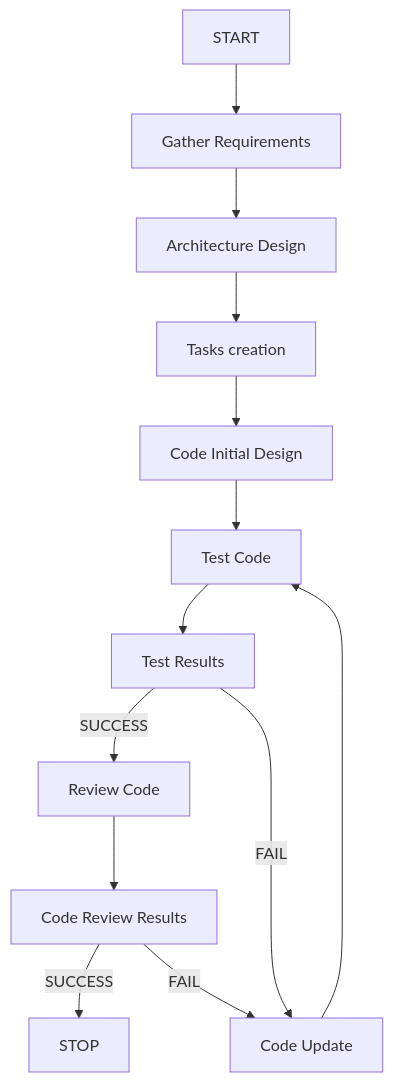
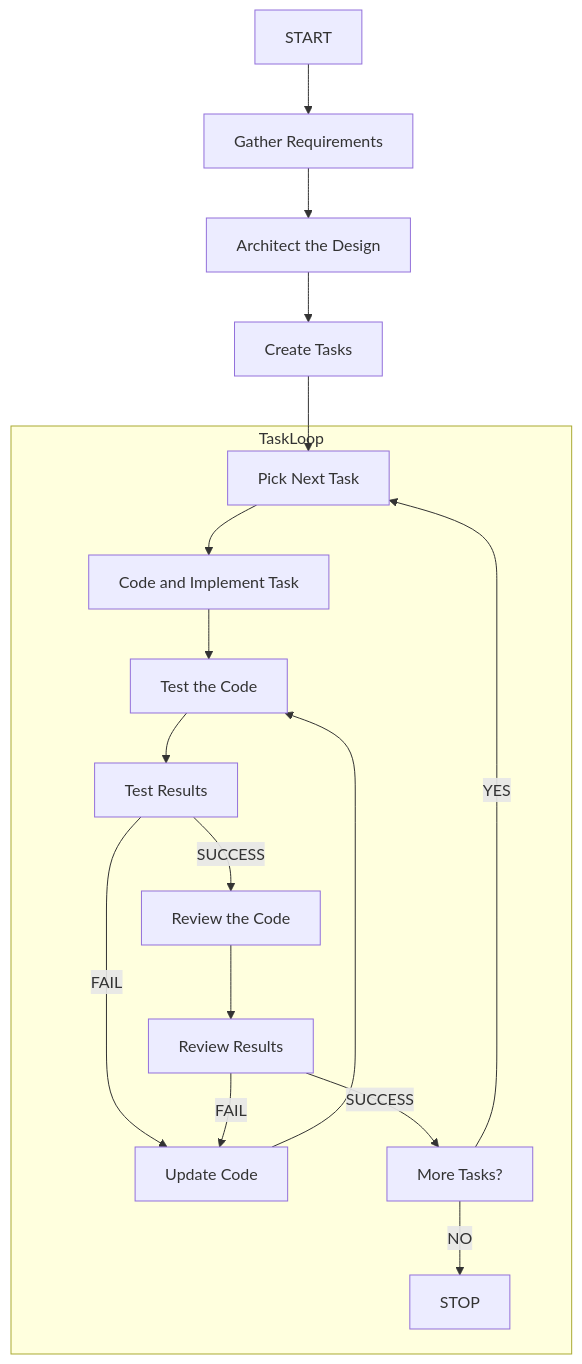
Before and after one commit to Moonsong-Labs/ai-nexus: the diagram in src/orchestrator/memory/project_states.md, drawn with Mermaid. The commit also changed other lines of this file and 1 other file, not shown here.

Commit message:
Update orchestrator prompt to support looping for tasks

````diff
--- a/src/orchestrator/memory/project_states.md
+++ b/src/orchestrator/memory/project_states.md
@@ -14,15 +16,21 @@
 ```mermaid
 graph TD;
     START --> RQ[Gather Requirements];
-    RQ --> AR[Architecture Design];
-    AR --> TM[Tasks creation];
-    TM --> CI[Code Initial Design]
-    CI --> TS[Test Code];
-    TS --> TR[Test Results];
-    TR --> |SUCCESS| RW[Review Code];
-    TR --> |FAIL| CU[Code Update];
-    CU --> TS;
-    RW --> RR[Code Review Results];
-    RR --> |SUCCESS| STOP;
-    RR --> |FAIL| CU[Code Update];
+    RQ --> AR[Architect the Design];
+    AR --> TM[Create Tasks];
+    TM --> NT[Pick Next Task];
+
+    subgraph TaskLoop
+        NT --> CI[Code and Implement Task];
+        CI --> TS[Test the Code];
+        TS --> TR[Test Results];
+        TR --> |FAIL| CU[Update Code];
+        CU --> TS;
+        TR --> |SUCCESS| RW[Review the Code];
+        RW --> RR[Review Results];
+        RR --> |FAIL| CU;
+        RR --> |SUCCESS| CK[More Tasks?];
+        CK --> |YES| NT;
+        CK --> |NO| STOP;
+    end
 ```
````
